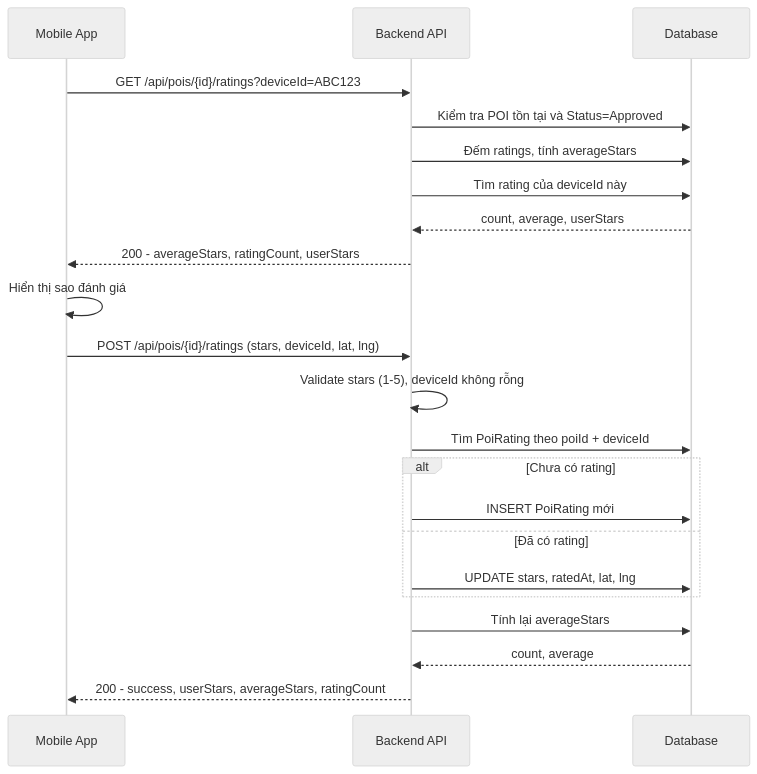
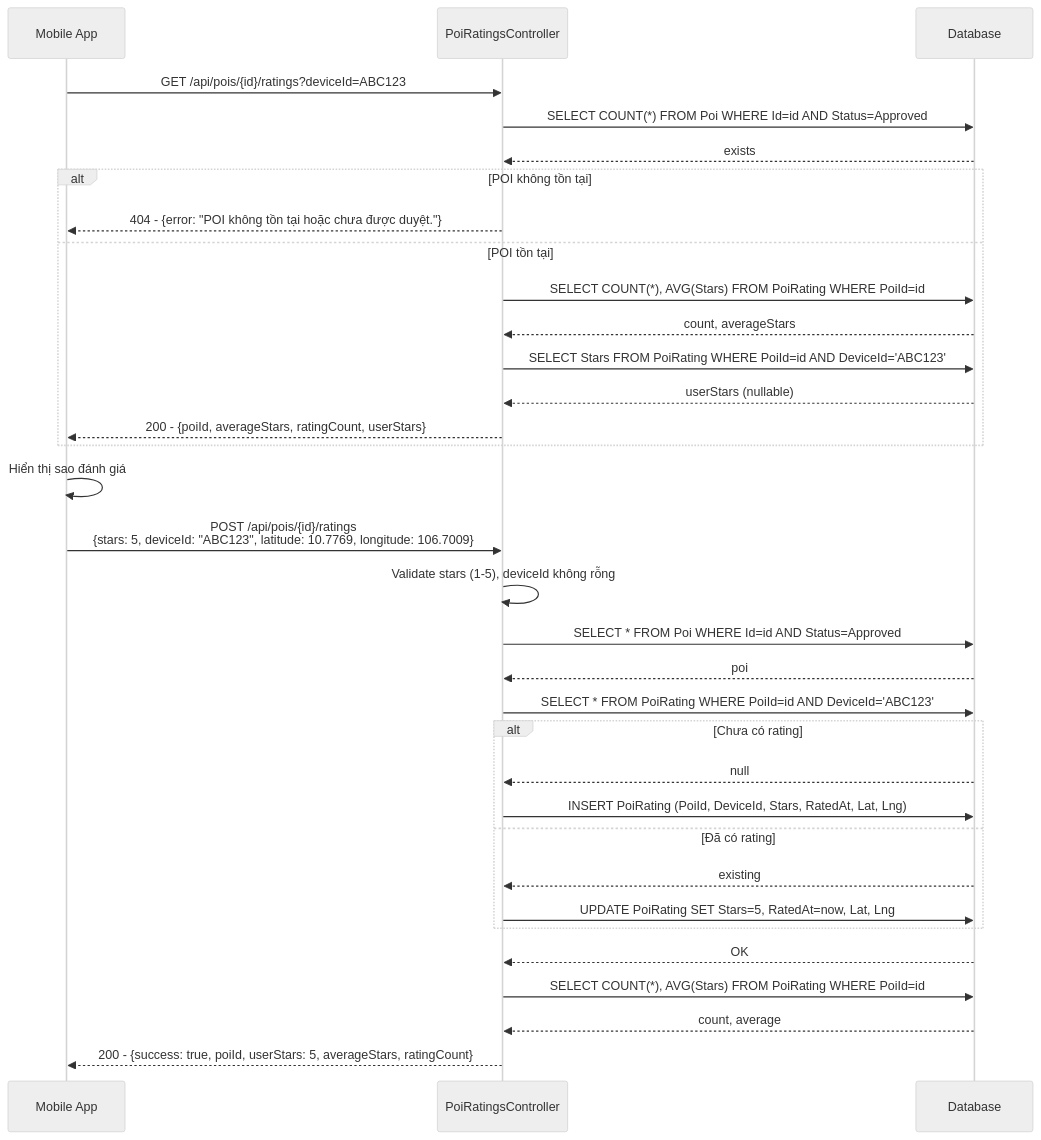
Before and after one commit to phamquyet47204/C-Sharp: diagram 11 of 17 in README.md, drawn with Mermaid (neutral theme). The commit also changed other lines of this file, not shown here.

````diff
--- a/README.md
+++ b/README.md
@@ -634,26 +1085,37 @@
 ```mermaid
 sequenceDiagram
   participant Mobile as Mobile App
-  participant API as Backend API
+  participant PoiRatingsController
   participant DB as Database
 
-  Mobile->>API: GET /api/pois/{id}/ratings?deviceId=ABC123
-  API->>DB: Kiểm tra POI tồn tại và Status=Approved
-  API->>DB: Đếm ratings, tính averageStars
-  API->>DB: Tìm rating của deviceId này
-  DB-->>API: count, average, userStars
-  API-->>Mobile: 200 - averageStars, ratingCount, userStars
+  Mobile->>PoiRatingsController: GET /api/pois/{id}/ratings?deviceId=ABC123
+  PoiRatingsController->>DB: SELECT COUNT(*) FROM Poi WHERE Id=id AND Status=Approved
+  DB-->>PoiRatingsController: exists
+  alt POI không tồn tại
+    PoiRatingsController-->>Mobile: 404 - {error: "POI không tồn tại hoặc chưa được duyệt."}
+  else POI tồn tại
+    PoiRatingsController->>DB: SELECT COUNT(*), AVG(Stars) FROM PoiRating WHERE PoiId=id
+    DB-->>PoiRatingsController: count, averageStars
+    PoiRatingsController->>DB: SELECT Stars FROM PoiRating WHERE PoiId=id AND DeviceId='ABC123'
+    DB-->>PoiRatingsController: userStars (nullable)
+    PoiRatingsController-->>Mobile: 200 - {poiId, averageStars, ratingCount, userStars}
+  end
 
   Mobile->>Mobile: Hiển thị sao đánh giá
-  Mobile->>API: POST /api/pois/{id}/ratings (stars, deviceId, lat, lng)
-  API->>API: Validate stars (1-5), deviceId không rỗng
-  API->>DB: Tìm PoiRating theo poiId + deviceId
+  Mobile->>PoiRatingsController: POST /api/pois/{id}/ratings<br/>{stars: 5, deviceId: "ABC123", latitude: 10.7769, longitude: 106.7009}
+  PoiRatingsController->>PoiRatingsController: Validate stars (1-5), deviceId không rỗng
+  PoiRatingsController->>DB: SELECT * FROM Poi WHERE Id=id AND Status=Approved
+  DB-->>PoiRatingsController: poi
+  PoiRatingsController->>DB: SELECT * FROM PoiRating WHERE PoiId=id AND DeviceId='ABC123'
   alt Chưa có rating
-    API->>DB: INSERT PoiRating mới
+    DB-->>PoiRatingsController: null
+    PoiRatingsController->>DB: INSERT PoiRating (PoiId, DeviceId, Stars, RatedAt, Lat, Lng)
   else Đã có rating
-    API->>DB: UPDATE stars, ratedAt, lat, lng
+    DB-->>PoiRatingsController: existing
+    PoiRatingsController->>DB: UPDATE PoiRating SET Stars=5, RatedAt=now, Lat, Lng
   end
-  API->>DB: Tính lại averageStars
-  DB-->>API: count, average
-  API-->>Mobile: 200 - success, userStars, averageStars, ratingCount
+  DB-->>PoiRatingsController: OK
+  PoiRatingsController->>DB: SELECT COUNT(*), AVG(Stars) FROM PoiRating WHERE PoiId=id
+  DB-->>PoiRatingsController: count, average
+  PoiRatingsController-->>Mobile: 200 - {success: true, poiId, userStars: 5, averageStars, ratingCount}
 ```
````
